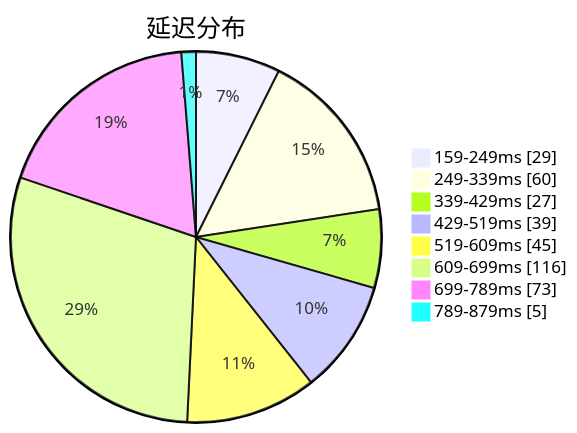
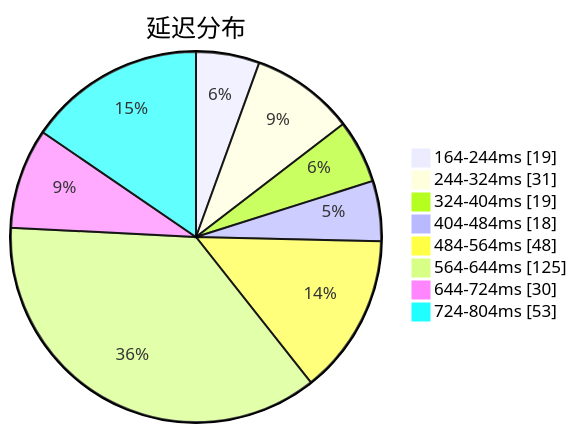
One commit to qjlxg/airport changed the first of 3 diagrams in subs/statistics/tested_within.md. Above: the diagram before and after it, drawn with Mermaid. The commit also changed other lines of this file and 2 other files, not shown here.

Commit message:
Tested by metaST

````diff
--- a/subs/statistics/tested_within.md
+++ b/subs/statistics/tested_within.md
@@ -2,12 +2,12 @@
 ```mermaid
 pie showData
 title 延迟分布
-"159-249ms" : 29
-"249-339ms" : 60
-"339-429ms" : 27
-"429-519ms" : 39
-"519-609ms" : 45
-"609-699ms" : 116
-"699-789ms" : 73
-"789-879ms" : 5
+"164-244ms" : 19
+"244-324ms" : 31
+"324-404ms" : 19
+"404-484ms" : 18
+"484-564ms" : 48
+"564-644ms" : 125
+"644-724ms" : 30
+"724-804ms" : 53
 ```
````
